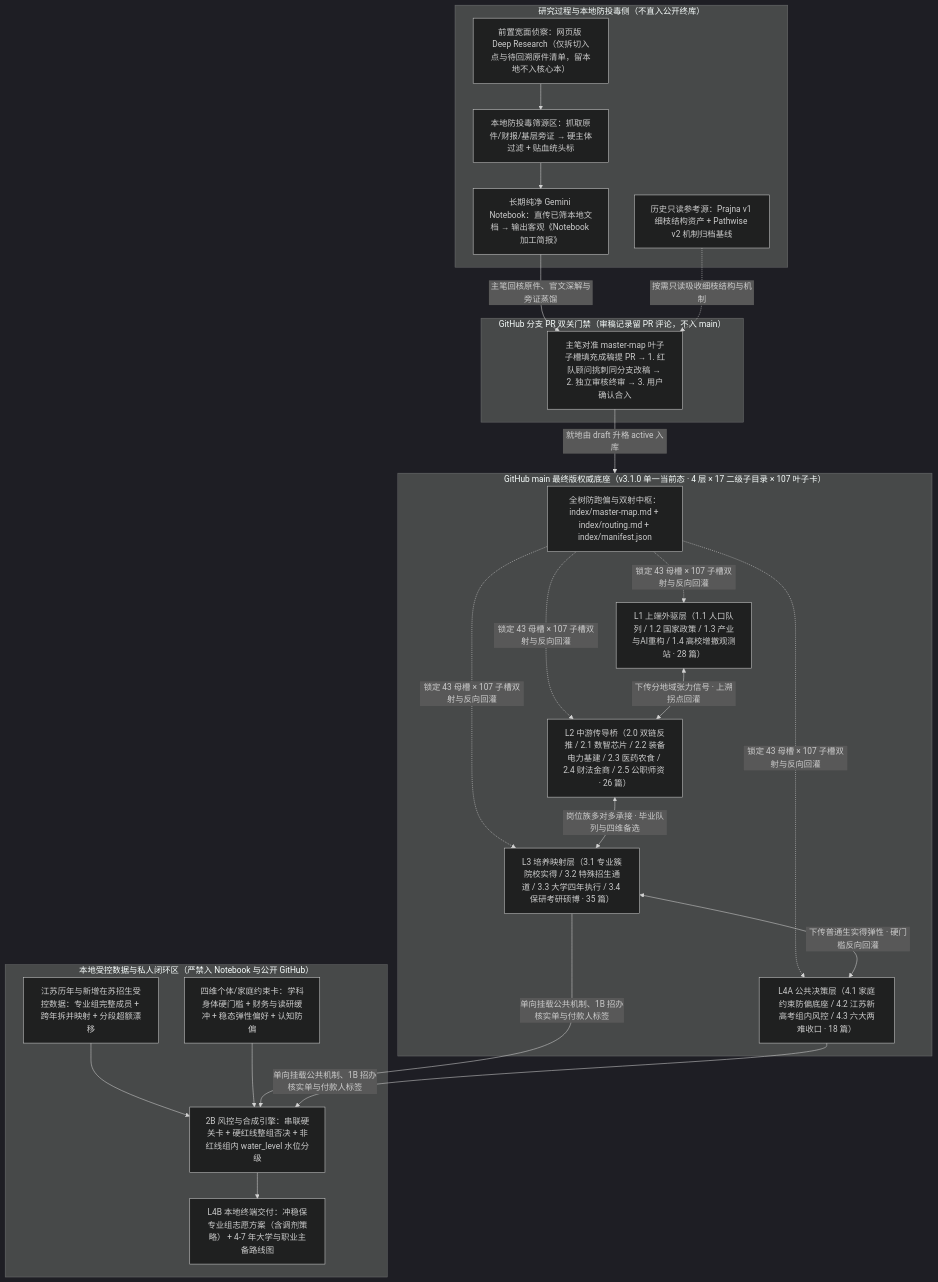
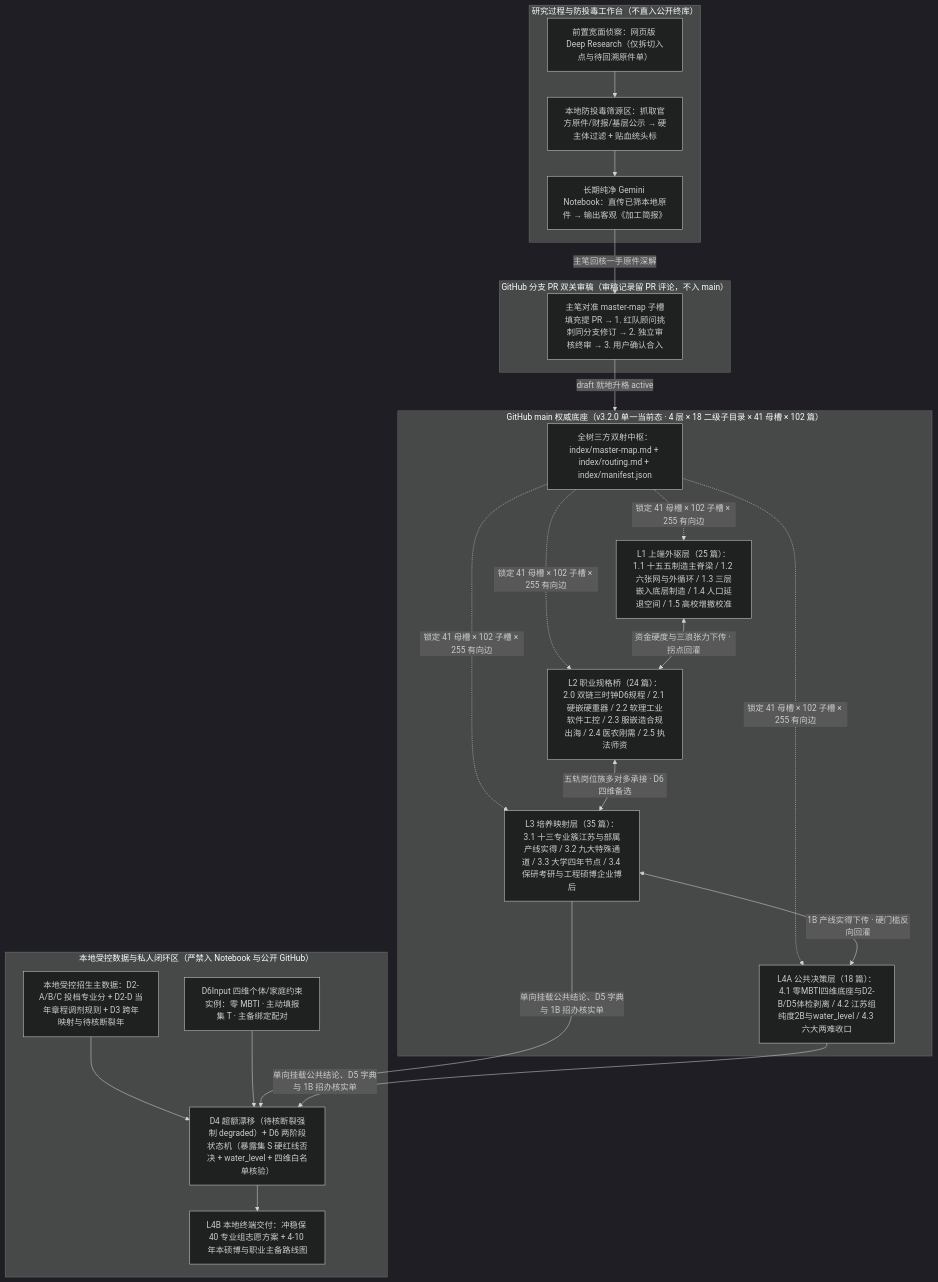
One commit to mythpan1/pathwise-research changed the diagram in docs/architecture-v3.md. Above: the diagram before and after it, drawn with Mermaid (dark theme). The commit also changed other lines of this file and 257 other files, not shown here.

````diff
--- a/docs/architecture-v3.md
+++ b/docs/architecture-v3.md
@@ -13,41 +13,38 @@
 ```mermaid
 flowchart TB
-    subgraph WORKBENCH["研究过程与本地防投毒侧（不直入公开终库）"]
-        DR["前置宽面侦察：网页版 Deep Research（仅拆切入点与待回溯原件清单，留本地不入核心本）"]
-        RAW["本地防投毒筛源区：抓取原件/财报/基层旁证 → 硬主体过滤 + 贴血统头标"]
-        NB["长期纯净 Gemini Notebook：直传已筛本地文档 → 输出客观《Notebook 加工简报》"]
-        HIST["历史只读参考源：Prajna v1 细枝结构资产 + Pathwise v2 机制归档基线"]
+    subgraph WORKBENCH["研究过程与防投毒工作台（不直入公开终库）"]
+        DR["前置宽面侦察：网页版 Deep Research（仅拆切入点与待回溯原件单）"]
+        RAW["本地防投毒筛源区：抓取官方原件/财报/基层公示 → 硬主体过滤 + 贴血统头标"]
+        NB["长期纯净 Gemini Notebook：直传已筛本地原件 → 输出客观《加工简报》"]
         DR --> RAW --> NB
     end
 
-    subgraph PR_GATE["GitHub 分支 PR 双关门禁（审稿记录留 PR 评论，不入 main）"]
-        PR["主笔对准 master-map 叶子子槽填充成稿提 PR → 1. 红队顾问挑刺同分支改稿 → 2. 独立审核终审 → 3. 用户确认合入"]
+    subgraph PR_GATE["GitHub 分支 PR 双关审稿（审稿记录留 PR 评论，不入 main）"]
+        PR["主笔对准 master-map 子槽填充提 PR → 1. 红队顾问挑刺同分支修订 → 2. 独立审核终审 → 3. 用户确认合入"]
     end
 
-    subgraph PUBLIC_REPO["GitHub main 最终版权威底座（v3.1.0 单一当前态 · 4 层 × 17 二级子目录 × 107 叶子卡）"]
-        MAP["全树防跑偏与双射中枢：index/master-map.md + index/routing.md + index/manifest.json"]
-        L1["L1 上端外驱层（1.1 人口队列 / 1.2 国家政策 / 1.3 产业与AI重构 / 1.4 高校增撤观测站 · 28 篇）"]
-        L2["L2 中游传导桥（2.0 双链反推 / 2.1 数智芯片 / 2.2 装备电力基建 / 2.3 医药农食 / 2.4 财法金商 / 2.5 公职师资 · 26 篇）"]
-        L3["L3 培养映射层（3.1 专业簇院校实得 / 3.2 特殊招生通道 / 3.3 大学四年执行 / 3.4 保研考研硕博 · 35 篇）"]
-        L4P["L4A 公共决策层（4.1 家庭约束防偏底座 / 4.2 江苏新高考组内风控 / 4.3 六大两难收口 · 18 篇）"]
+    subgraph PUBLIC_REPO["GitHub main 权威底座（v3.2.0 单一当前态 · 4 层 × 18 二级子目录 × 41 母槽 × 102 篇）"]
+        MAP["全树三方双射中枢：index/master-map.md + index/routing.md + index/manifest.json"]
+        L1["L1 上端外驱层（25 篇）：1.1 十五五制造主脊梁 / 1.2 六张网与外循环 / 1.3 三层嵌入底层制造 / 1.4 人口延退空间 / 1.5 高校增撤校准"]
+        L2["L2 职业规格桥（24 篇）：2.0 双链三时钟D6规程 / 2.1 硬嵌硬重器 / 2.2 软理工业软件工控 / 2.3 服嵌造合规出海 / 2.4 医农刚需 / 2.5 执法师资"]
+        L3["L3 培养映射层（35 篇）：3.1 十三专业簇江苏与部属产线实得 / 3.2 九大特殊通道 / 3.3 大学四年节点 / 3.4 保研考研与工程硕博企业博后"]
+        L4P["L4A 公共决策层（18 篇）：4.1 零MBTI四维底座与D2-B/D5体检剥离 / 4.2 江苏组纯度2B与water_level / 4.3 六大两难收口"]
 
-        MAP -.->|"锁定 43 母槽 × 107 子槽双射与反向回灌"| L1 & L2 & L3 & L4P
-        L1 <-->|"下传分地域张力信号 · 上溯拐点回灌"| L2
-        L2 <-->|"岗位族多对多承接 · 毕业队列与四维备选"| L3
-        L3 <-->|"下传普通生实得弹性 · 硬门槛反向回灌"| L4P
+        MAP -.->|"锁定 41 母槽 × 102 子槽 × 255 有向边"| L1 & L2 & L3 & L4P
+        L1 <-->|"资金硬度与三浪张力下传 · 拐点回灌"| L2
+        L2 <-->|"五轨岗位族多对多承接 · D6 四维备选"| L3
+        L3 <-->|"1B 产线实得下传 · 硬门槛反向回灌"| L4P
     end
 
     subgraph LOCAL_CTRL["本地受控数据与私人闭环区（严禁入 Notebook 与公开 GitHub）"]
-        DB["江苏历年与新增在苏招生受控数据：专业组完整成员 + 跨年拆并映射 + 分段超额漂移"]
-        PROF["四维个体/家庭约束卡：学科身体硬门槛 + 财务与读研缓冲 + 稳态弹性偏好 + 认知防偏"]
-        ENG["2B 风控与合成引擎：串联硬关卡 + 硬红线整组否决 + 非红线组内 water_level 水位分级"]
-        L4C["L4B 本地终端交付：冲稳保专业组志愿方案（含调剂策略） + 4-7 年大学与职业主备路线图"]
-
+        DB["本地受控招生主数据：D2-A/B/C 投档专业分 + D2-D 当年章程调剂规则 + D3 跨年映射与待核断裂年"]
+        PROF["D6Input 四维个体/家庭约束实例：零 MBTI · 主动填报集 T · 主备绑定配对"]
+        ENG["D4 超额漂移（待核断裂强制 degraded）+ D6 两阶段状态机（暴露集 S 硬红线否决 + water_level + 四维白名单核验）"]
+        L4C["L4B 本地终端交付：冲稳保 40 专业组志愿方案 + 4-10 年本硕博与职业主备路线图"]
         DB & PROF --> ENG --> L4C
     end
 
-    NB -->|"主笔回核原件、官文深解与旁证蒸馏"| PR
-    HIST -.->|"按需只读吸收细枝结构与机制"| PR
-    PR -->|"就地由 draft 升格 active 入库"| PUBLIC_REPO
-    L3 & L4P -->|"单向挂载公共机制、1B 招办核实单与付款人标签"| ENG
+    NB -->|"主笔回核一手原件深解"| PR
+    PR -->|"draft 就地升格 active"| PUBLIC_REPO
+    L3 & L4P -->|"单向挂载公共结论、D5 字典与 1B 招办核实单"| ENG
 ```
````
